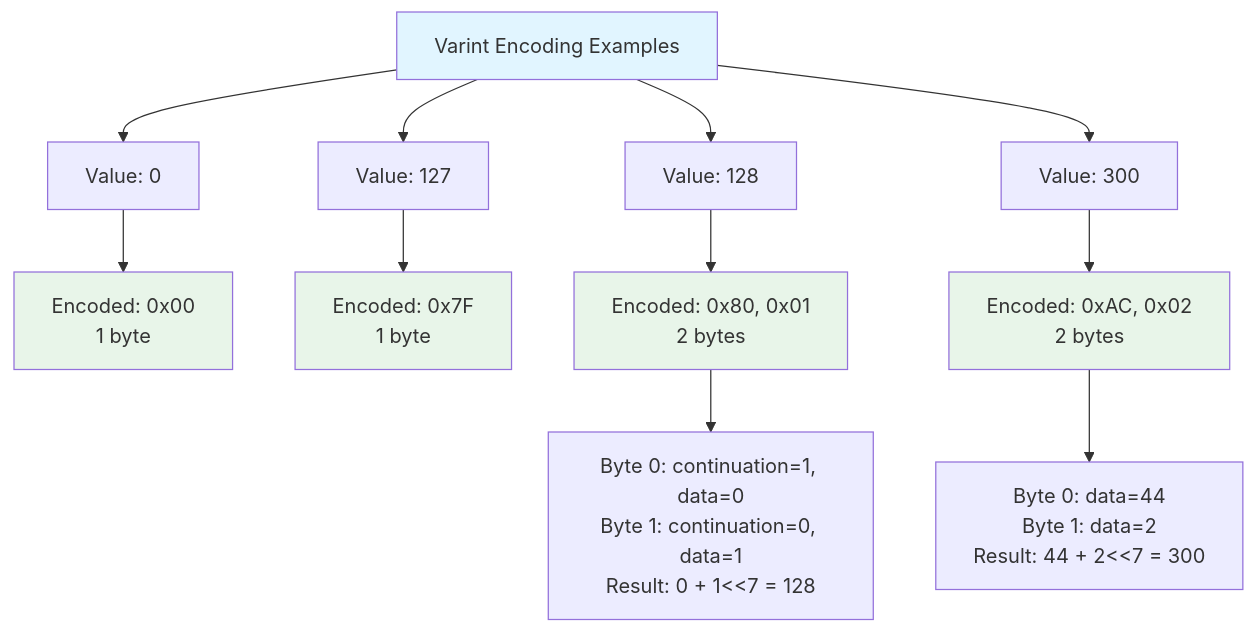
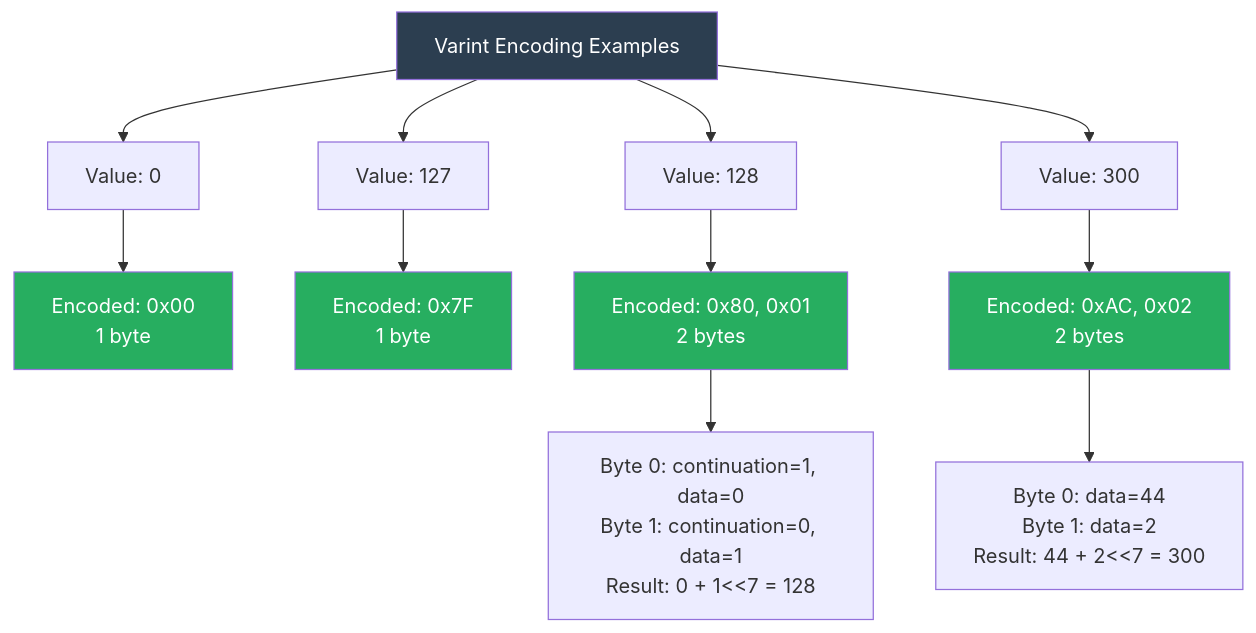
One commit to Mikedan37/BlazeBinary changed the second of 5 diagrams in Docs/SPECIFICATION.md. Above: the diagram before and after it, drawn with Mermaid. The commit also changed other lines of this file and 11 other files, not shown here.

First line of the commit message:
Improve Mermaid diagrams and code display formatting

````diff
--- a/Docs/SPECIFICATION.md
+++ b/Docs/SPECIFICATION.md
@@ -135,21 +135,21 @@
 ```mermaid
 graph TD
     A[Varint Encoding Examples] --> B[Value: 0]
     A --> C[Value: 127]
     A --> D[Value: 128]
     A --> E[Value: 300]
     
     B --> B1[Encoded: 0x00<br/>1 byte]
     C --> C1[Encoded: 0x7F<br/>1 byte]
     D --> D1[Encoded: 0x80, 0x01<br/>2 bytes]
     E --> E1[Encoded: 0xAC, 0x02<br/>2 bytes]
     
     D1 --> D2[Byte 0: continuation=1, data=0<br/>Byte 1: continuation=0, data=1<br/>Result: 0 + 1<<7 = 128]
     E1 --> E2[Byte 0: data=44<br/>Byte 1: data=2<br/>Result: 44 + 2<<7 = 300]
     
-    style A fill:#e1f5ff
-    style B1 fill:#e8f5e9
-    style C1 fill:#e8f5e9
-    style D1 fill:#e8f5e9
-    style E1 fill:#e8f5e9
+    style A fill:#2c3e50,color:#ffffff
+    style B1 fill:#27ae60,color:#ffffff
+    style C1 fill:#27ae60,color:#ffffff
+    style D1 fill:#27ae60,color:#ffffff
+    style E1 fill:#27ae60,color:#ffffff
 ```
````
